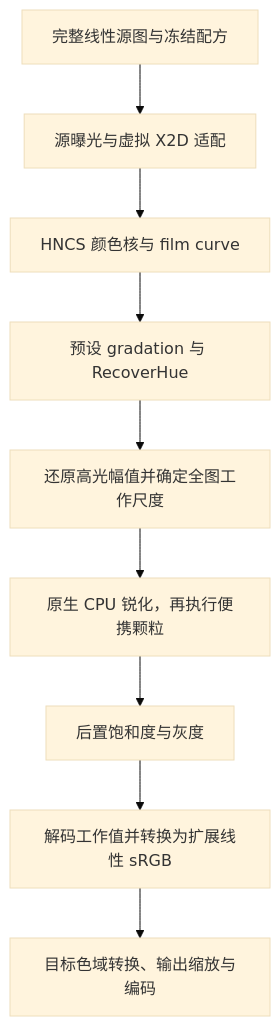
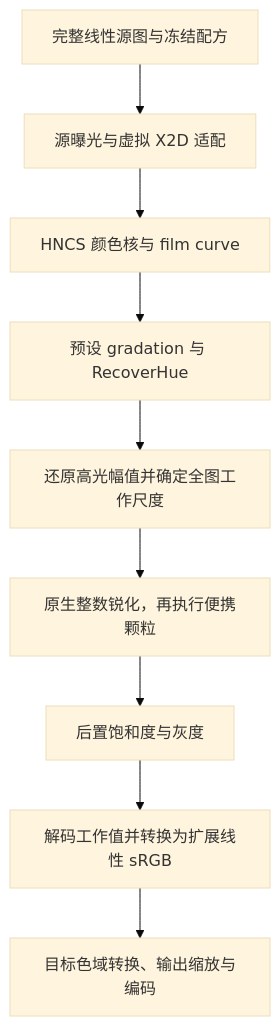
Before and after one commit to VonEquinox/GlassCam: the diagram in docs/color/hncs.md, drawn with Mermaid (base theme). The commit also changed other lines of this file and 173 other files, not shown here.

````diff
--- a/docs/color/hncs.md
+++ b/docs/color/hncs.md
@@ -26,11 +26,11 @@
 ```mermaid
 flowchart TD
     A[完整线性源图与冻结配方] --> B[源曝光与虚拟 X2D 适配]
     B --> C[HNCS 颜色核与 film curve]
     C --> D[预设 gradation 与 RecoverHue]
     D --> E[还原高光幅值并确定全图工作尺度]
-    E --> F[原生 CPU 锐化，再执行便携颗粒]
+    E --> F[原生整数锐化，再执行便携颗粒]
     F --> G[后置饱和度与灰度]
     G --> H[解码工作值并转换为扩展线性 sRGB]
     H --> I[目标色域转换、输出缩放与编码]
 ```
````
